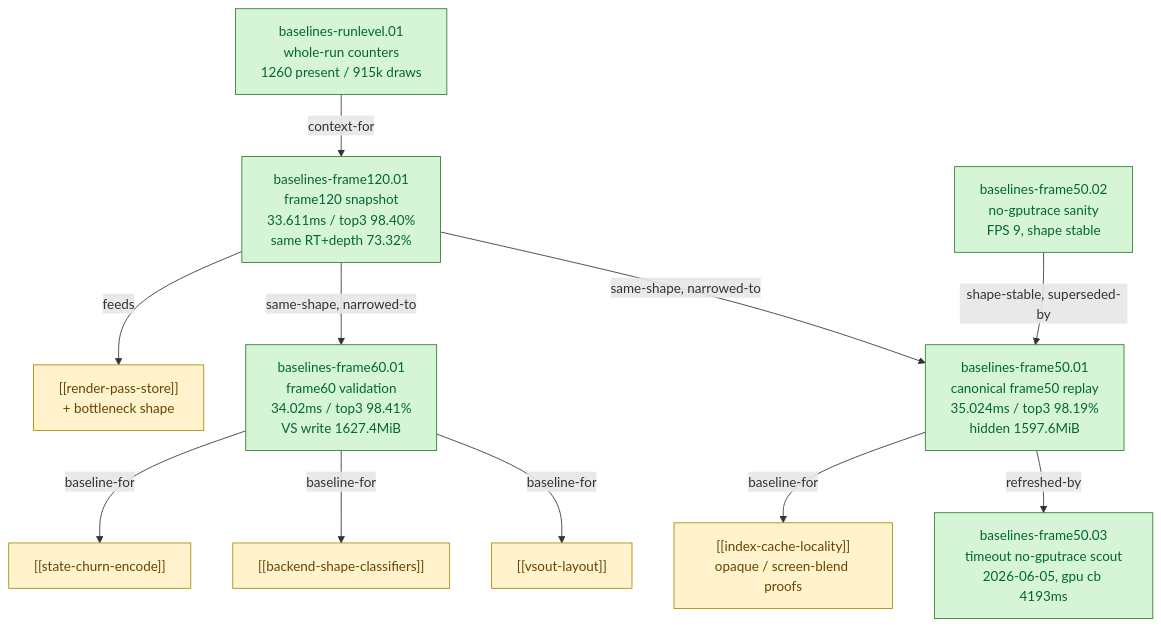
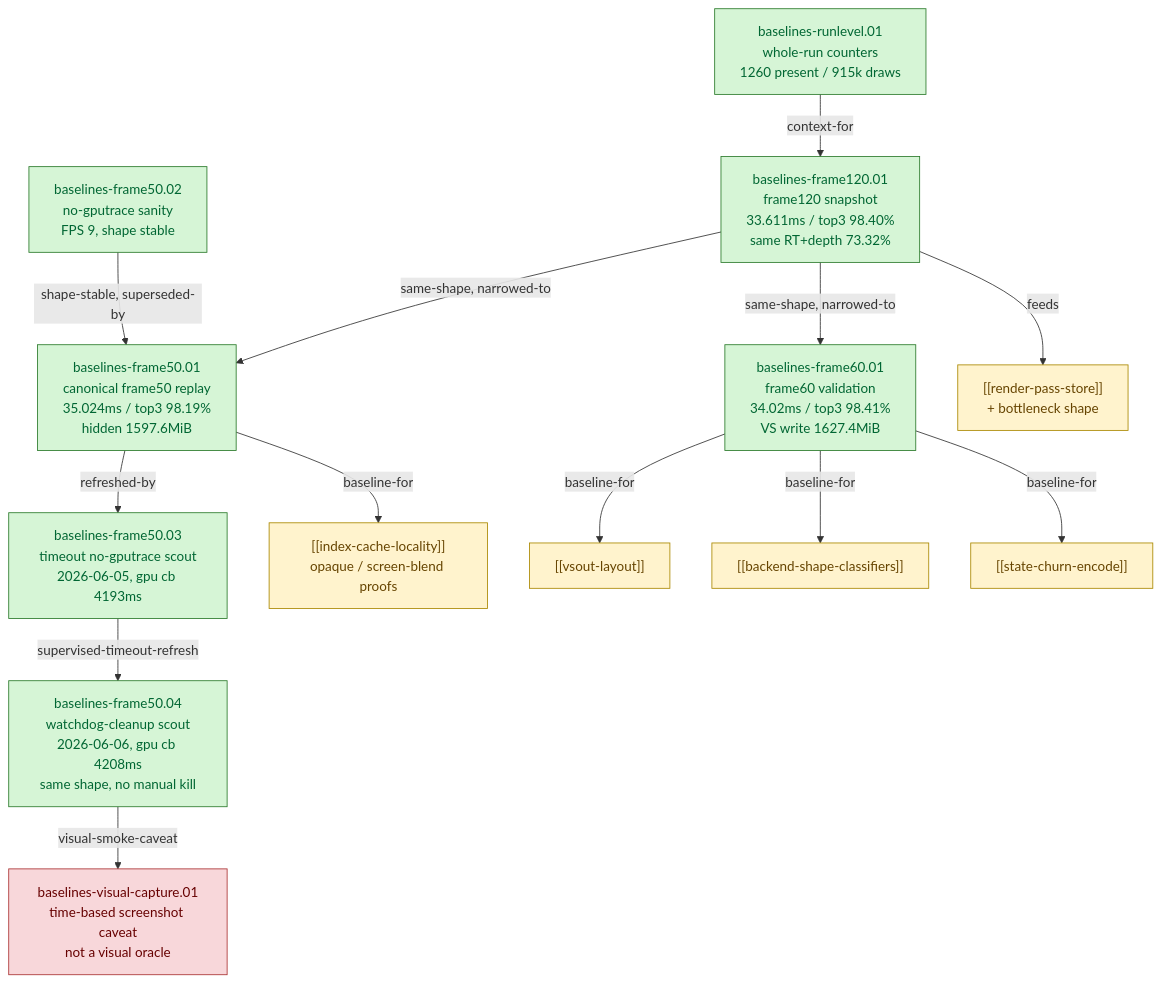
The diagram in docs/perfomance/baselines.md (dfdgsdfg/dxmt9), drawn with Mermaid before and after one commit. The commit also changed other lines of this file and 92 other files, not shown here.

````diff
--- a/docs/perfomance/baselines.md
+++ b/docs/perfomance/baselines.md
@@ -49,28 +51,33 @@
 ```mermaid
 flowchart TD
   classDef accepted fill:#d6f5d6,stroke:#2b7a2b,color:#063
   classDef rejected fill:#f8d7da,stroke:#a33,color:#600
   classDef open fill:#fff3cd,stroke:#a80,color:#640
 
   RunLevel["baselines-runlevel.01\nwhole-run counters\n1260 present / 915k draws"]
   F120["baselines-frame120.01\nframe120 snapshot\n33.611ms / top3 98.40%\nsame RT+depth 73.32%"]
   F50["baselines-frame50.01\ncanonical frame50 replay\n35.024ms / top3 98.19%\nhidden 1597.6MiB"]
   F50san["baselines-frame50.02\nno-gputrace sanity\nFPS 9, shape stable"]
   F50to["baselines-frame50.03\ntimeout no-gputrace scout\n2026-06-05, gpu cb 4193ms"]
+  F50wd["baselines-frame50.04\nwatchdog-cleanup scout\n2026-06-06, gpu cb 4208ms\nsame shape, no manual kill"]
+  Visual["baselines-visual-capture.01\ntime-based screenshot caveat\nnot a visual oracle"]
   F60["baselines-frame60.01\nframe60 validation\n34.02ms / top3 98.41%\nVS write 1627.4MiB"]
 
   RunLevel -->|context-for| F120
   F120 -->|same-shape, narrowed-to| F50
   F120 -->|same-shape, narrowed-to| F60
   F50san -->|shape-stable, superseded-by| F50
   F50 -->|refreshed-by| F50to
+  F50to -->|supervised-timeout-refresh| F50wd
+  F50wd -->|visual-smoke-caveat| Visual
 
   F120 -->|feeds| Store["[[render-pass-store]]\n+ bottleneck shape"]
   F50 -->|baseline-for| IdxCache["[[index-cache-locality]]\nopaque / screen-blend proofs"]
   F60 -->|baseline-for| VSOut["[[vsout-layout]]"]
   F60 -->|baseline-for| Backend["[[backend-shape-classifiers]]"]
   F60 -->|baseline-for| Churn["[[state-churn-encode]]"]
 
-  class F120,F50,F50san,F50to,F60,RunLevel accepted
+  class F120,F50,F50san,F50to,F50wd,F60,RunLevel accepted
+  class Visual rejected
   class Store,IdxCache,VSOut,Backend,Churn open
 ```
````
